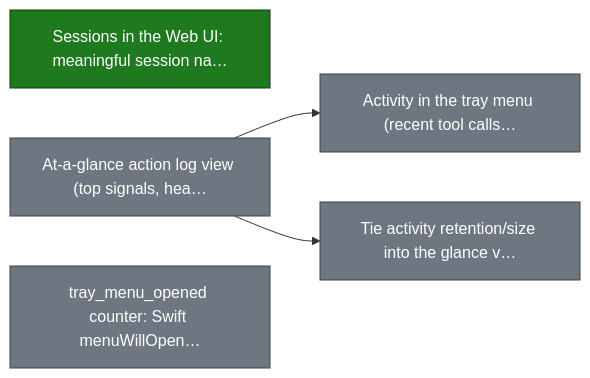
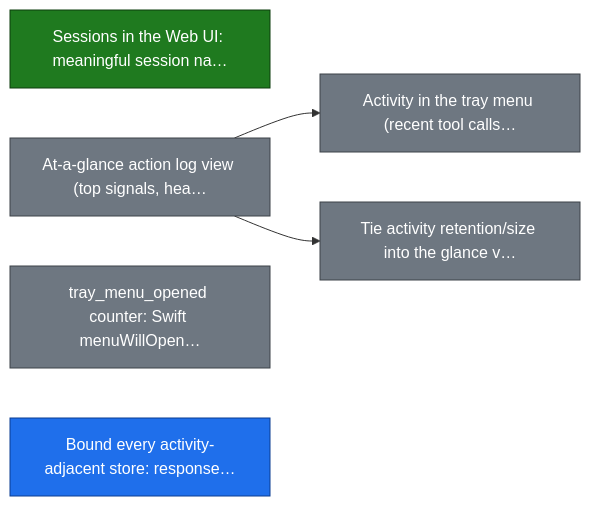
Before and after one commit to smart-mcp-proxy/mcpproxy-go: the fourth of 21 diagrams in ROADMAP.md, drawn with Mermaid. The commit also changed other lines of this file and 1 other file, not shown here.

First line of the commit message:
chore(roadmap): raise mcp-2026-upgrade to P1 (mcp-go v1.0.0 stable), add activity-storage-bounds, sync token-bench

````diff
--- a/ROADMAP.md
+++ b/ROADMAP.md
@@ -174,16 +174,19 @@
 ```mermaid
 graph LR
   sessions_web_ui["Sessions in the Web UI: meaningful session na…"]
   action_log_glance_view["At-a-glance action log view (top signals, hea…"]
   action_log_tray_menu["Activity in the tray menu (recent tool calls…"]
   tray_menu_open_telemetry["tray_menu_opened counter: Swift menuWillOpen…"]
   action_log_retention_tie_in["Tie activity retention/size into the glance v…"]
+  activity_storage_bounds["Bound every activity-adjacent store: response…"]
 
   action_log_glance_view --> action_log_tray_menu
   action_log_glance_view --> action_log_retention_tie_in
 
   classDef done fill:#1f7a1f,stroke:#0d3d0d,color:#ffffff;
+  classDef in_progress fill:#1f6feb,stroke:#0b3d91,color:#ffffff;
   classDef todo fill:#6e7781,stroke:#3d4248,color:#ffffff;
   class sessions_web_ui done;
+  class activity_storage_bounds in_progress;
   class action_log_glance_view,action_log_tray_menu,tray_menu_open_telemetry,action_log_retention_tie_in todo;
 ```
````
